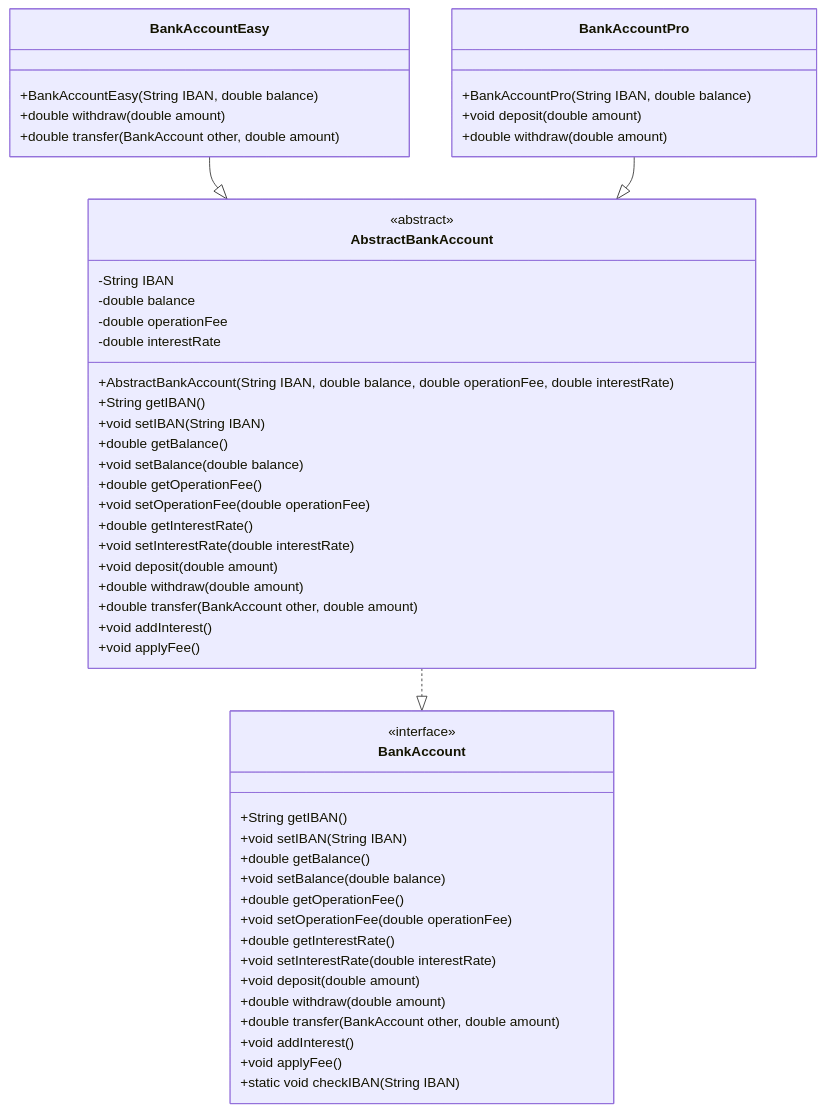
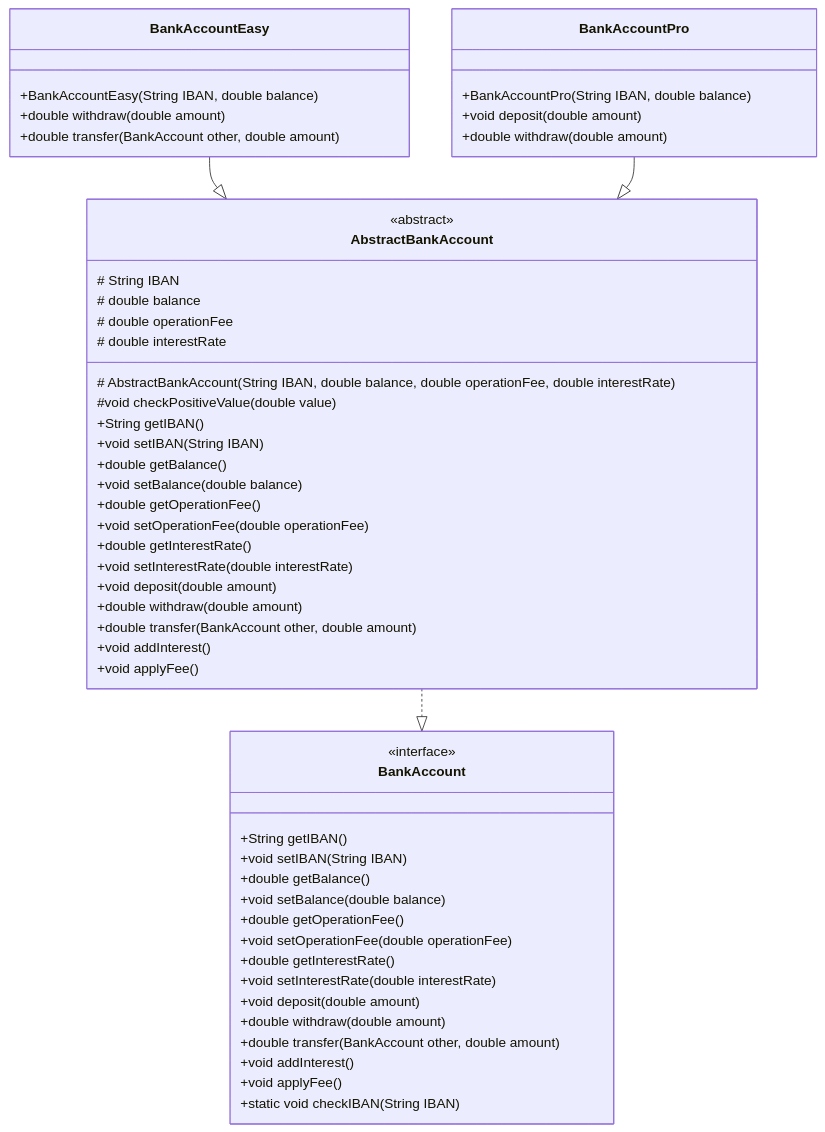
Before and after one commit to MarinCervinschi/ObjectOrientedProgramming: the tenth of 13 diagrams in exercices/src/main/java/oop/README.md, drawn with Mermaid. The commit also changed other lines of this file and 6 other files, not shown here.

````diff
--- a/exercices/src/main/java/oop/README.md
+++ b/exercices/src/main/java/oop/README.md
@@ -361,58 +365,59 @@
 ```mermaid
 classDiagram
 class BankAccount {
-<<interface>>
-+String getIBAN()
-+void setIBAN(String IBAN)
-+double getBalance()
-+void setBalance(double balance)
-+double getOperationFee()
-+void setOperationFee(double operationFee)
-+double getInterestRate()
-+void setInterestRate(double interestRate)
-+void deposit(double amount)
-+double withdraw(double amount)
-+double transfer(BankAccount other, double amount)
-+void addInterest()
-+void applyFee()
-+static void checkIBAN(String IBAN)
+    <<interface>>
+    +String getIBAN()
+    +void setIBAN(String IBAN)
+    +double getBalance()
+    +void setBalance(double balance)
+    +double getOperationFee()
+    +void setOperationFee(double operationFee)
+    +double getInterestRate()
+    +void setInterestRate(double interestRate)
+    +void deposit(double amount)
+    +double withdraw(double amount)
+    +double transfer(BankAccount other, double amount)
+    +void addInterest()
+    +void applyFee()
+    +static void checkIBAN(String IBAN)
 }
 
 class AbstractBankAccount {
     <<abstract>>
--String IBAN
--double balance
--double operationFee
--double interestRate
-+AbstractBankAccount(String IBAN, double balance, double operationFee, double interestRate)
-+String getIBAN()
-+void setIBAN(String IBAN)
-+double getBalance()
-+void setBalance(double balance)
-+double getOperationFee()
-+void setOperationFee(double operationFee)
-+double getInterestRate()
-+void setInterestRate(double interestRate)
-+void deposit(double amount)
-+double withdraw(double amount)
-+double transfer(BankAccount other, double amount)
-+void addInterest()
-+void applyFee()
+    # String IBAN
+    # double balance
+    # double operationFee
+    # double interestRate
+    # AbstractBankAccount(String IBAN, double balance, double operationFee, double interestRate)
+    #void checkPositiveValue(double value)
+    +String getIBAN()
+    +void setIBAN(String IBAN)
+    +double getBalance()
+    +void setBalance(double balance)
+    +double getOperationFee()
+    +void setOperationFee(double operationFee)
+    +double getInterestRate()
+    +void setInterestRate(double interestRate)
+    +void deposit(double amount)
+    +double withdraw(double amount)
+    +double transfer(BankAccount other, double amount)
+    +void addInterest()
+    +void applyFee()
 }
 
 class BankAccountEasy {
-+BankAccountEasy(String IBAN, double balance)
-+double withdraw(double amount)
-+double transfer(BankAccount other, double amount)
+    +BankAccountEasy(String IBAN, double balance)
+    +double withdraw(double amount)
+    +double transfer(BankAccount other, double amount)
 }
 
 class BankAccountPro {
-+BankAccountPro(String IBAN, double balance)
-+void deposit(double amount)
-+double withdraw(double amount)
+    +BankAccountPro(String IBAN, double balance)
+    +void deposit(double amount)
+    +double withdraw(double amount)
 }
 
+AbstractBankAccount ..|> BankAccount
 BankAccountEasy --|> AbstractBankAccount
 BankAccountPro --|> AbstractBankAccount
-AbstractBankAccount ..|> BankAccount
 ```
````
